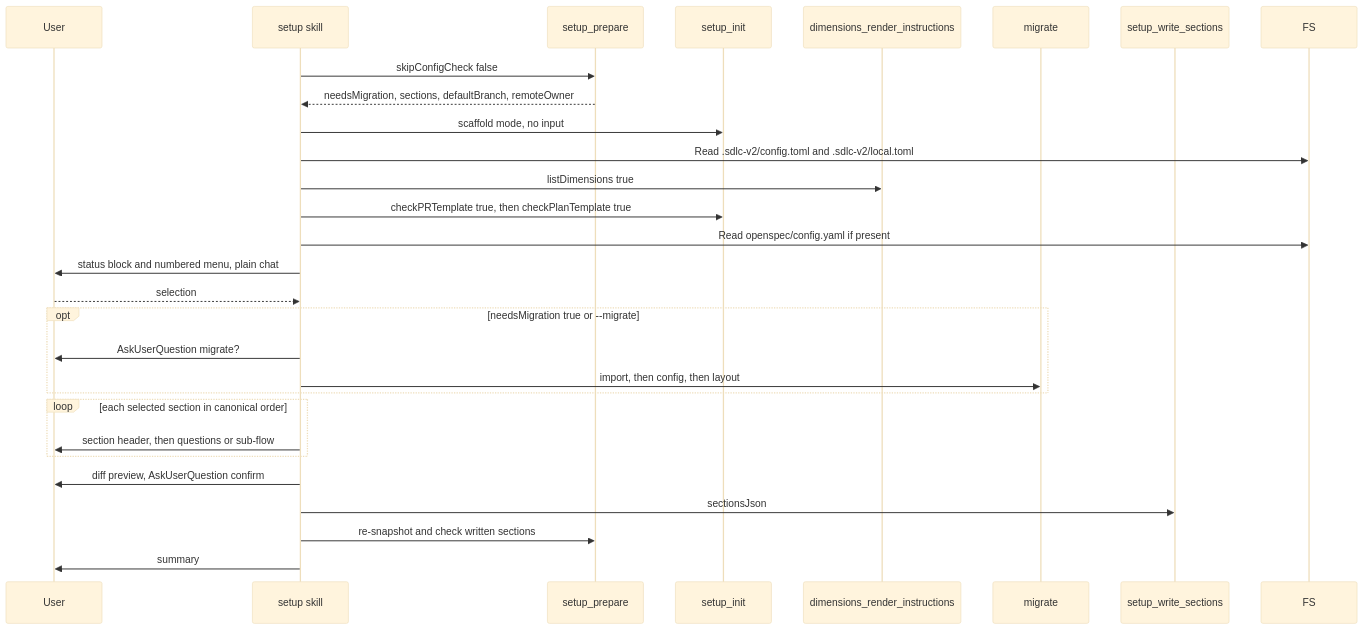
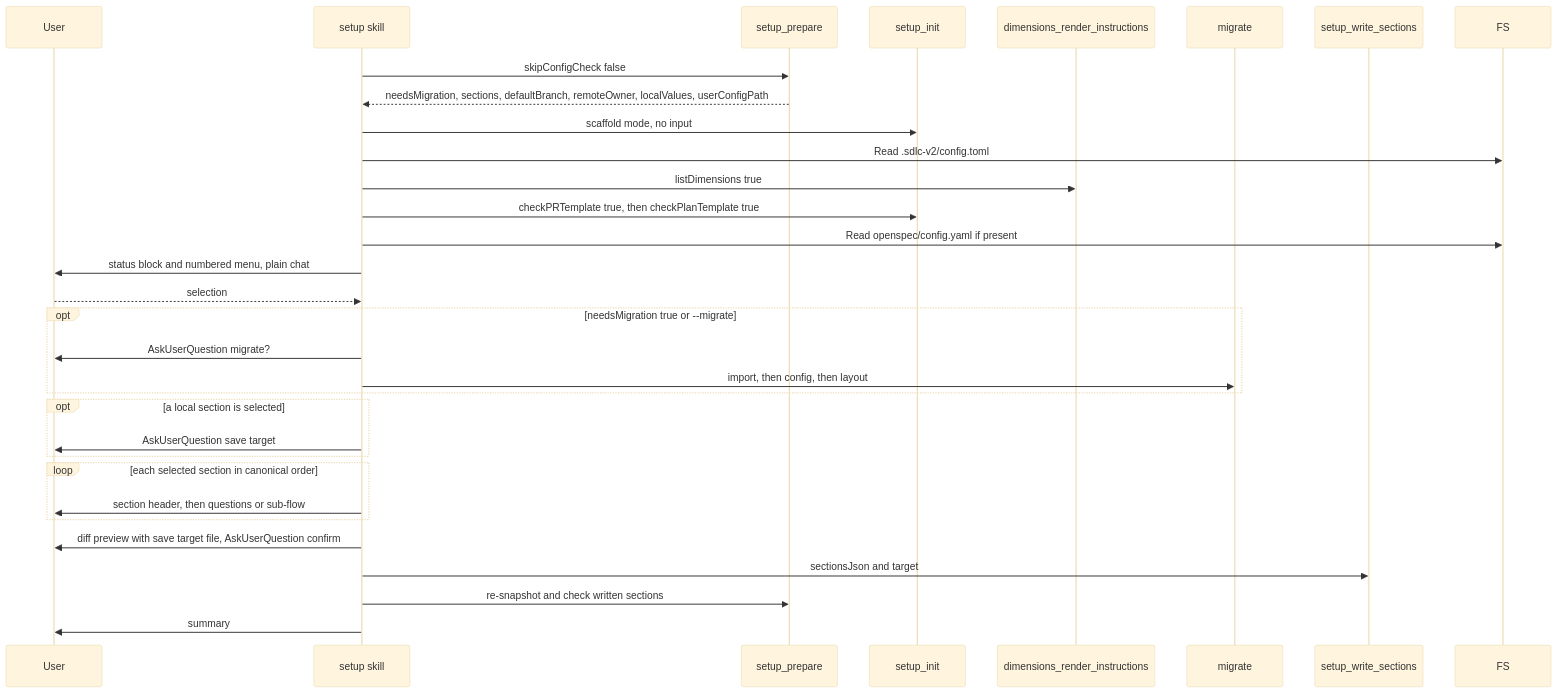
One commit to rnagrodzki/sdlc-plugin changed the diagram in openspec/specs/skill-setup/spec.md. Above: the diagram before and after it, drawn with Mermaid (base theme). The commit also changed other lines of this file and 83 other files, not shown here.

First line of the commit message:
fix: add user-level config layer and fix pipeline report/guardrail bugs (#85)

````diff
--- a/openspec/specs/skill-setup/spec.md
+++ b/openspec/specs/skill-setup/spec.md
@@ -23,31 +23,34 @@
 ```mermaid
 sequenceDiagram
     participant User
     participant Skill as setup skill
     participant P as setup_prepare
     participant I as setup_init
     participant D as dimensions_render_instructions
     participant M as migrate
     participant W as setup_write_sections
     participant FS
     Skill->>P: skipConfigCheck false
-    P-->>Skill: needsMigration, sections, defaultBranch, remoteOwner
+    P-->>Skill: needsMigration, sections, defaultBranch, remoteOwner, localValues, userConfigPath
     Skill->>I: scaffold mode, no input
-    Skill->>FS: Read .sdlc-v2/config.toml and .sdlc-v2/local.toml
+    Skill->>FS: Read .sdlc-v2/config.toml
     Skill->>D: listDimensions true
     Skill->>I: checkPRTemplate true, then checkPlanTemplate true
     Skill->>FS: Read openspec/config.yaml if present
     Skill->>User: status block and numbered menu, plain chat
     User-->>Skill: selection
     opt needsMigration true or --migrate
         Skill->>User: AskUserQuestion migrate?
         Skill->>M: import, then config, then layout
     end
+    opt a local section is selected
+        Skill->>User: AskUserQuestion save target
+    end
     loop each selected section in canonical order
         Skill->>User: section header, then questions or sub-flow
     end
-    Skill->>User: diff preview, AskUserQuestion confirm
-    Skill->>W: sectionsJson
+    Skill->>User: diff preview with save target file, AskUserQuestion confirm
+    Skill->>W: sectionsJson and target
     Skill->>P: re-snapshot and check written sections
     Skill->>User: summary
 ```
````
